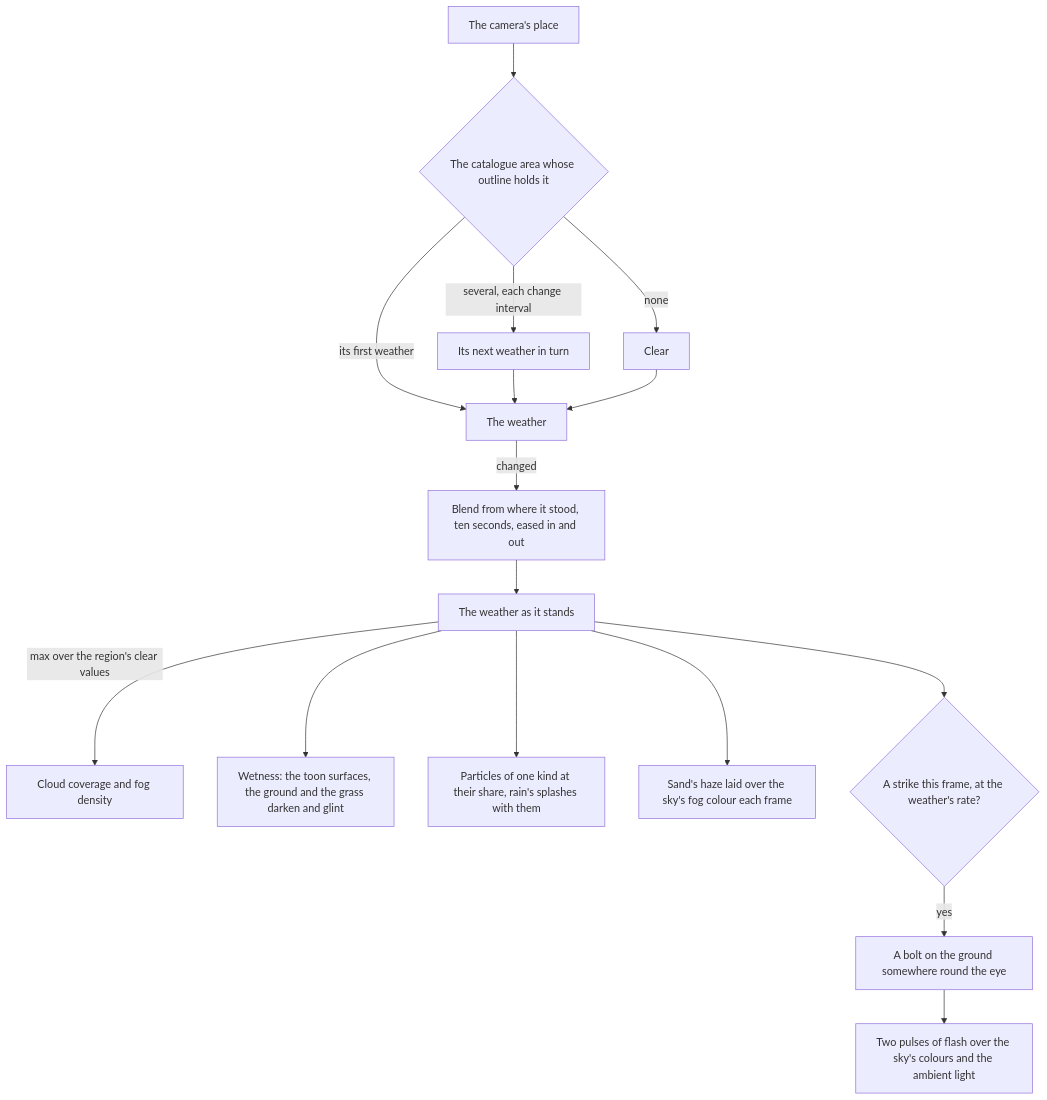
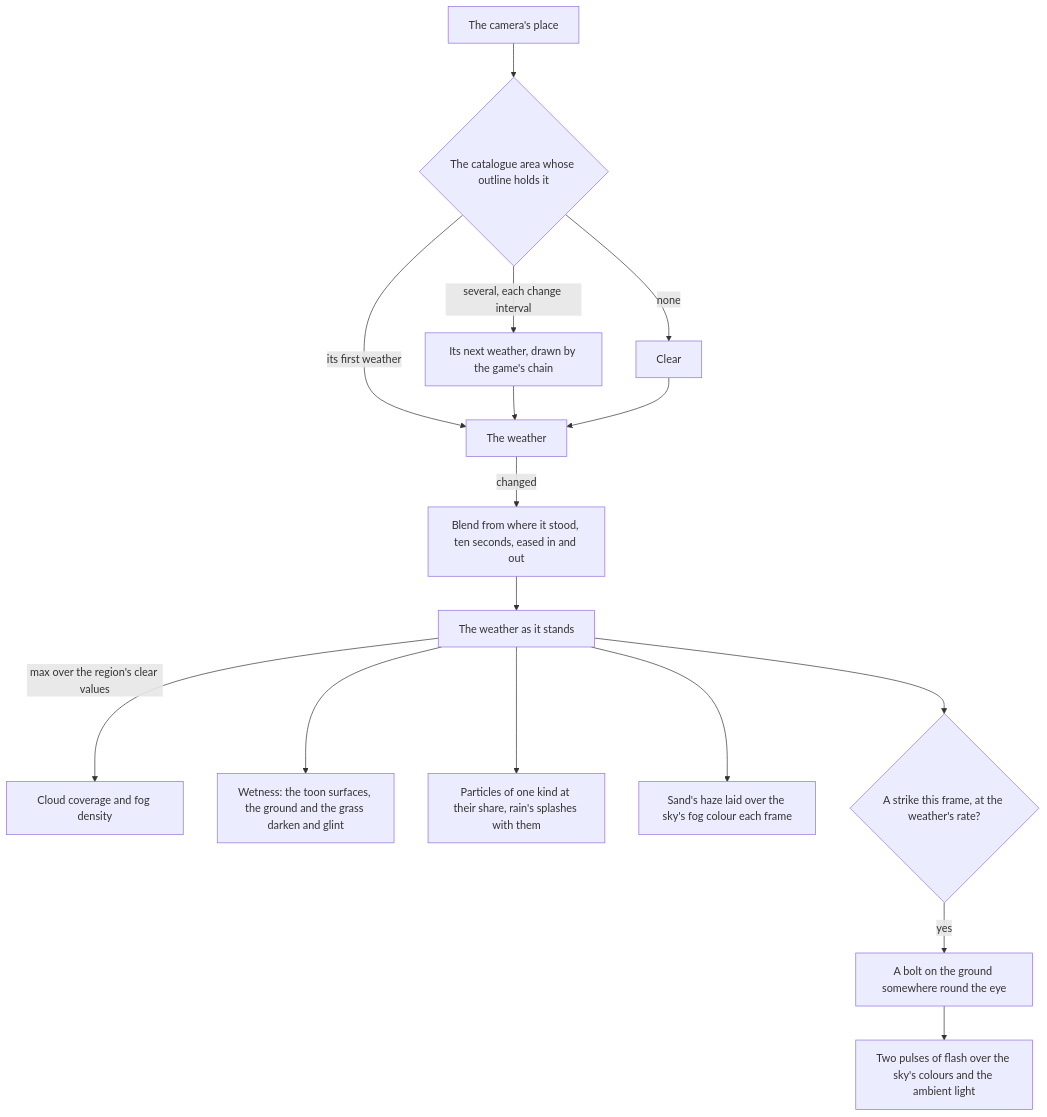
The diagram in apps/web/content/docs/genshin/weather.md (Esposter/Esposter), drawn with Mermaid before and after one commit. The commit also changed other lines of this file and 5 other files, not shown here.

First line of the commit message:
feat(genshin-world): an area with several weathers turns to the next the game's standard chain draws among its own

````diff
--- a/apps/web/content/docs/genshin/weather.md
+++ b/apps/web/content/docs/genshin/weather.md
@@ -12,18 +12,18 @@
 ```mermaid
 flowchart TD
   CAM[The camera's place] --> AREA{The catalogue area whose outline holds it}
   AREA -->|its first weather| W[The weather]
-  AREA -->|several, each change interval| TURN["Its next weather in turn"]
+  AREA -->|several, each change interval| TURN["Its next weather, drawn by the game's chain"]
   TURN --> W
   AREA -->|none| CLEAR[Clear]
   CLEAR --> W
   W -->|changed| BLEND["Blend from where it stood, ten seconds, eased in and out"]
   BLEND --> STATE[The weather as it stands]
   STATE -->|max over the region's clear values| SKY[Cloud coverage and fog density]
   STATE --> WET[Wetness: the toon surfaces, the ground and the grass darken and glint]
   STATE --> PU["Particles of one kind at their share, rain's splashes with them"]
   STATE --> TINT["Sand's haze laid over the sky's fog colour each frame"]
   STATE --> RATE{A strike this frame, at the weather's rate?}
   RATE -->|yes| BOLT[A bolt on the ground somewhere round the eye]
   BOLT --> FLASH["Two pulses of flash over the sky's colours and the ambient light"]
 ```
````
